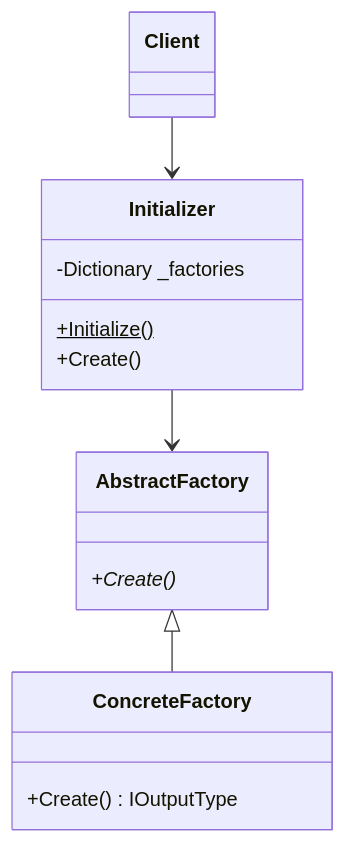
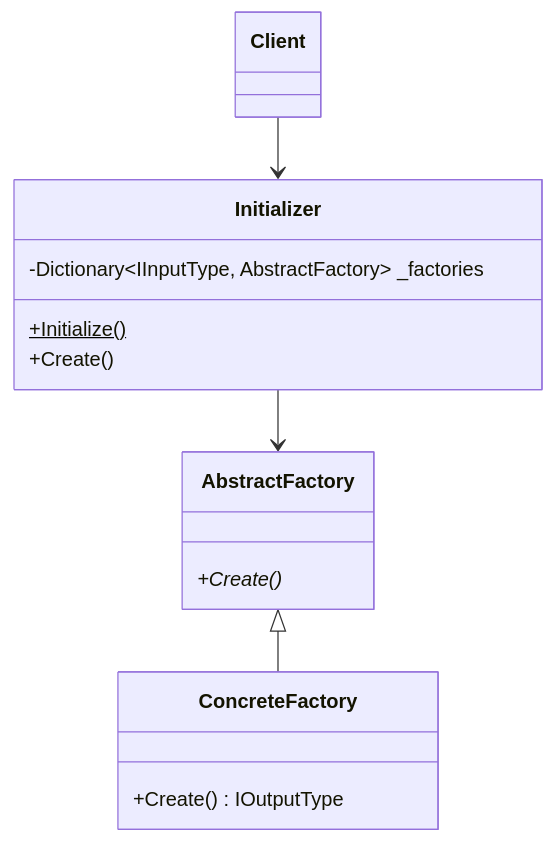
One commit to wbratz/generic-factory changed the diagram in README.md. Above: the diagram before and after it, drawn with Mermaid.

````diff
--- a/README.md
+++ b/README.md
@@ -4,12 +4,12 @@
 ```mermaid
 classDiagram
     Client --> Initializer
     Initializer --> AbstractFactory
     AbstractFactory <|-- ConcreteFactory
     
-    Initializer : -Dictionary<IInputType, AbstractFactory> _factories
+    Initializer : -Dictionary~IInputType, AbstractFactory~ _factories
     Initializer : +Initialize()$
     Initializer : +Create()
     AbstractFactory : +Create()*
     ConcreteFactory : +Create() IOutputType
 ```
````
